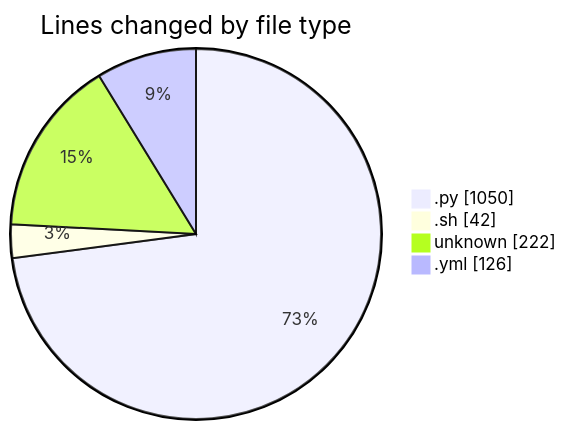
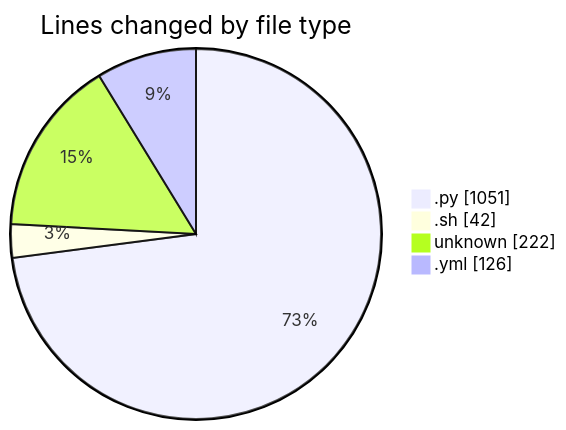
The first of 2 diagrams in 2025-05-14/niten/README.md (Elitesun/code-tracking), drawn with Mermaid before and after one commit. The commit also changed other lines of this file and 1 other file, not shown here.

````diff
--- a/2025-05-14/niten/README.md
+++ b/2025-05-14/niten/README.md
@@ -32,8 +32,8 @@
 ```mermaid
 pie showData
 title Lines changed by file type
-".py" : 1050
+".py" : 1051
 ".sh" : 42
 "unknown" : 222
 ".yml" : 126
 ```
````
